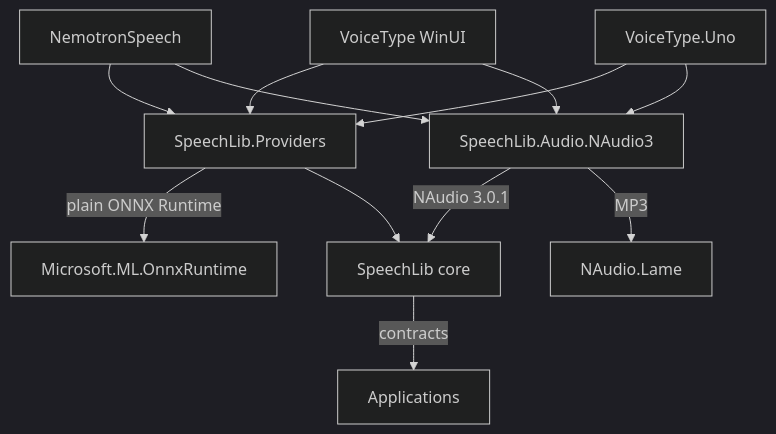
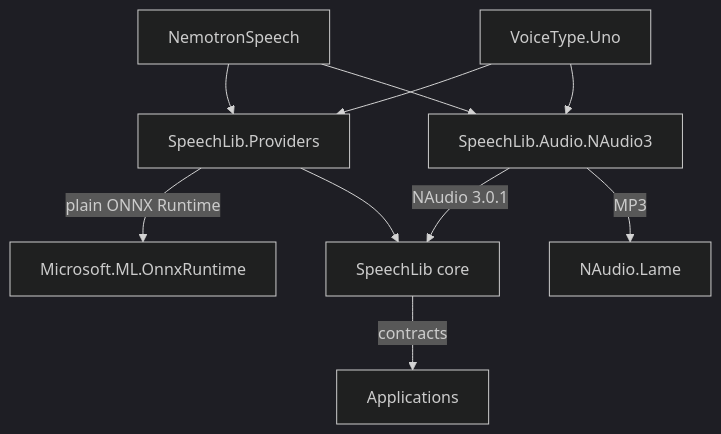
The diagram in README.md (DimQ1/nemotron-speech-csharp), drawn with Mermaid (dark theme) before and after one commit. The commit also changed other lines of this file and 367 other files, not shown here.

````diff
--- a/README.md
+++ b/README.md
@@ -89,14 +87,12 @@
 ```mermaid
 graph TD
   SL[SpeechLib core] --> |contracts| APP[Applications]
   NA3[SpeechLib.Audio.NAudio3] --> |NAudio 3.0.1| SL
   PR[SpeechLib.Providers] --> |plain ONNX Runtime| ORT[Microsoft.ML.OnnxRuntime]
   PR --> SL
   CLI[NemotronSpeech] --> PR
   CLI --> NA3
-  VU[VoiceType WinUI] --> PR
-  VU --> NA3
   UNO[VoiceType.Uno] --> PR
   UNO --> NA3
   NA3 --> |MP3| LAME[NAudio.Lame]
 ```
````
